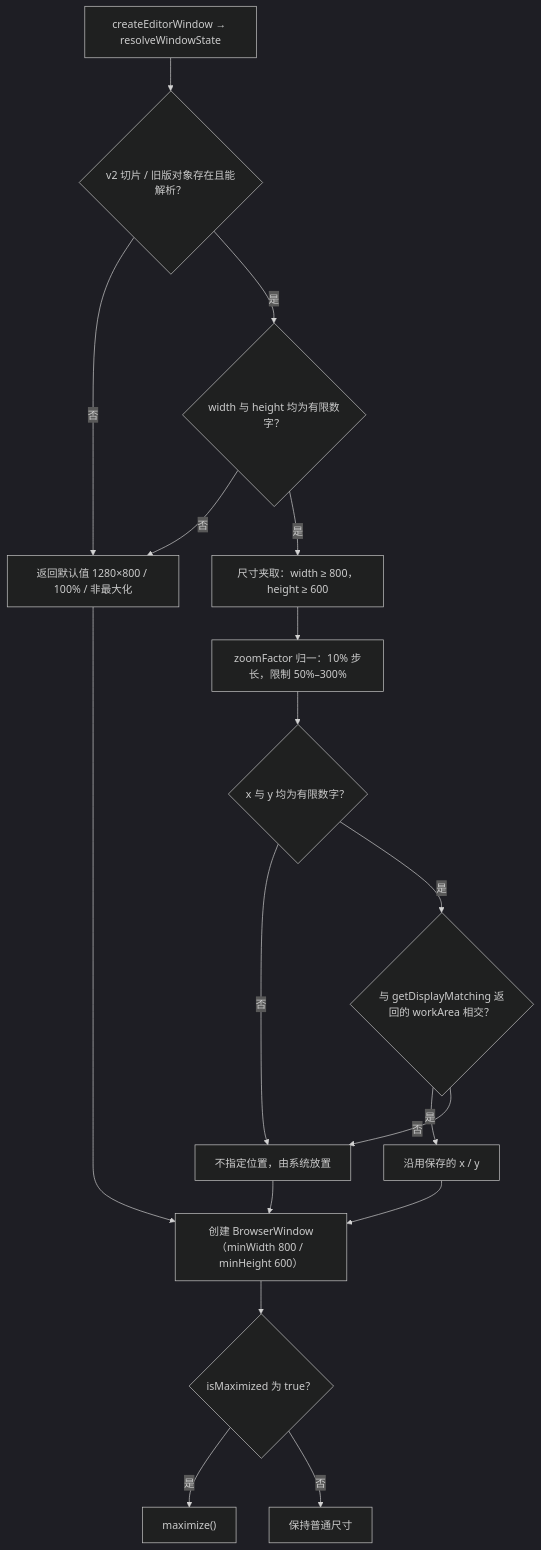
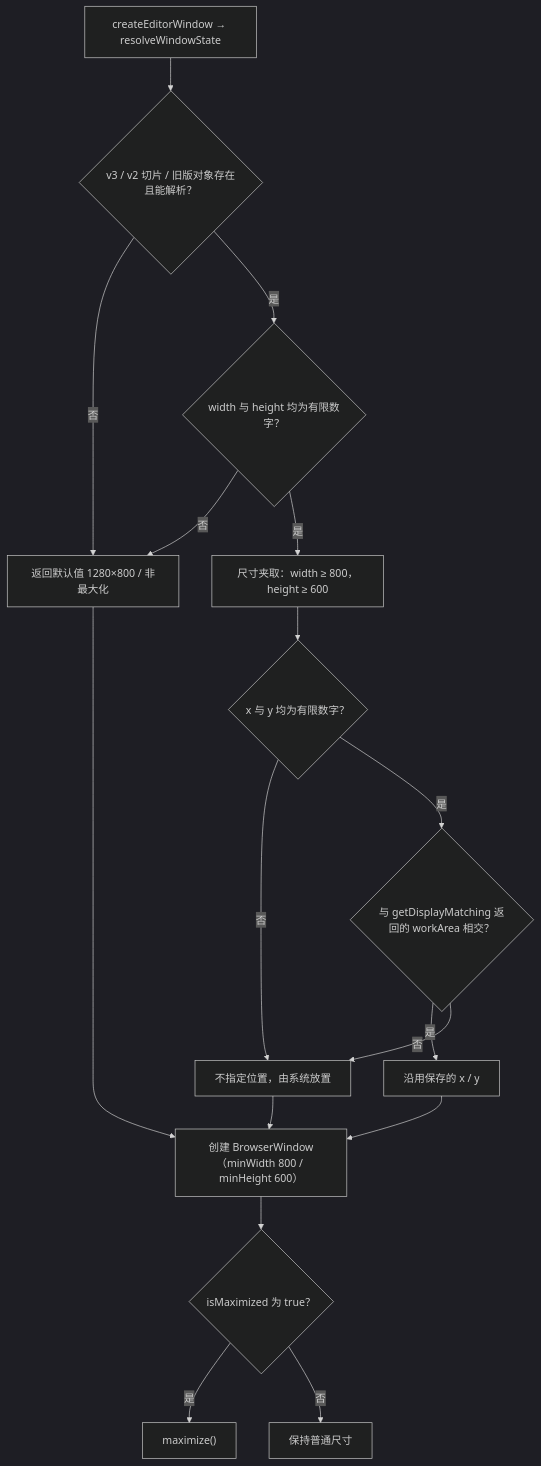
The third of 5 diagrams in docs/文件与窗口/会话恢复与窗口状态.md (Harley-xk/mark-it), drawn with Mermaid (dark theme) before and after one commit. The commit also changed other lines of this file and 19 other files, not shown here.

````diff
--- a/docs/文件与窗口/会话恢复与窗口状态.md
+++ b/docs/文件与窗口/会话恢复与窗口状态.md
@@ -218,20 +219,19 @@
 ```mermaid
 flowchart TD
-    A["createEditorWindow → resolveWindowState"] --> B{"v2 切片 / 旧版对象存在且能解析？"}
-    B -->|"否"| C["返回默认值 1280×800 / 100% / 非最大化"]
+    A["createEditorWindow → resolveWindowState"] --> B{"v3 / v2 切片 / 旧版对象存在且能解析？"}
+    B -->|"否"| C["返回默认值 1280×800 / 非最大化"]
     B -->|"是"| D{"width 与 height 均为有限数字？"}
     D -->|"否"| C
     D -->|"是"| E["尺寸夹取：width ≥ 800，height ≥ 600"]
-    E --> F["zoomFactor 归一：10% 步长，限制 50%–300%"]
-    F --> G{"x 与 y 均为有限数字？"}
+    E --> G{"x 与 y 均为有限数字？"}
     G -->|"否"| H["不指定位置，由系统放置"]
     G -->|"是"| I{"与 getDisplayMatching 返回的 workArea 相交？"}
     I -->|"是"| J["沿用保存的 x / y"]
     I -->|"否"| H
     J --> K["创建 BrowserWindow（minWidth 800 / minHeight 600）"]
     H --> K
     C --> K
     K --> L{"isMaximized 为 true？"}
     L -->|"是"| M["maximize()"]
     L -->|"否"| N["保持普通尺寸"]
 ```
````
